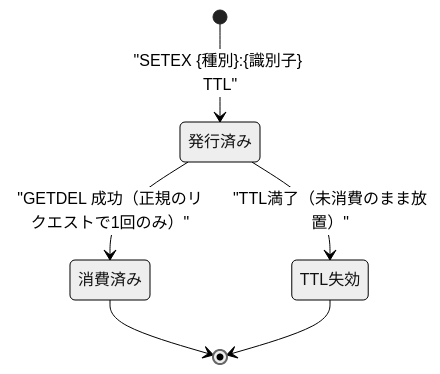
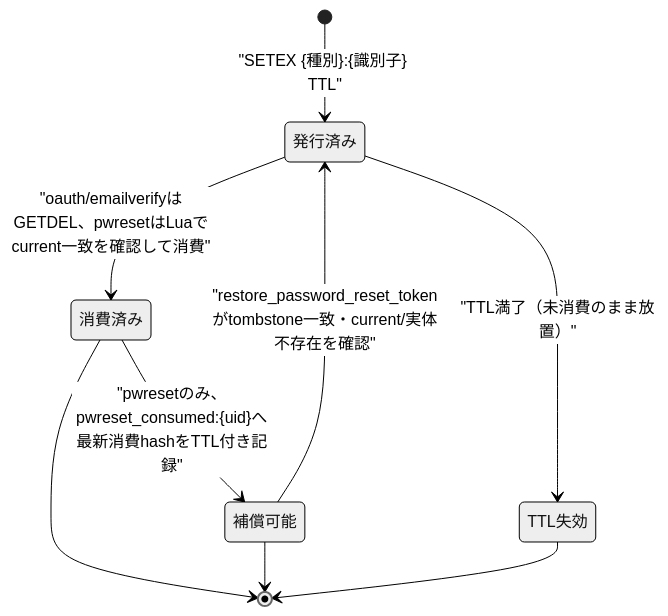
One commit to oikawa-d/task_management changed the third of 4 diagrams in docs/detailed_design/auth/08_redis_store.md. Above: the diagram before and after it, drawn with Mermaid (neutral theme). The commit also changed other lines of this file and 80 other files, not shown here.

````diff
--- a/docs/detailed_design/auth/08_redis_store.md
+++ b/docs/detailed_design/auth/08_redis_store.md
@@ -124,8 +125,11 @@
 ```mermaid
 stateDiagram-v2
     [*] --> 発行済み: "SETEX {種別}:{識別子} TTL"
-    発行済み --> 消費済み: "GETDEL 成功（正規のリクエストで1回のみ）"
+    発行済み --> 消費済み: "oauth/emailverifyはGETDEL、pwresetはLuaでcurrent一致を確認して消費"
+    消費済み --> 補償可能: "pwresetのみ、pwreset_consumed:{uid}へ最新消費hashをTTL付き記録"
+    補償可能 --> 発行済み: "restore_password_reset_tokenがtombstone一致・current/実体不存在を確認"
     発行済み --> TTL失効: "TTL満了（未消費のまま放置）"
     消費済み --> [*]
+    補償可能 --> [*]
     TTL失効 --> [*]
 ```
````
